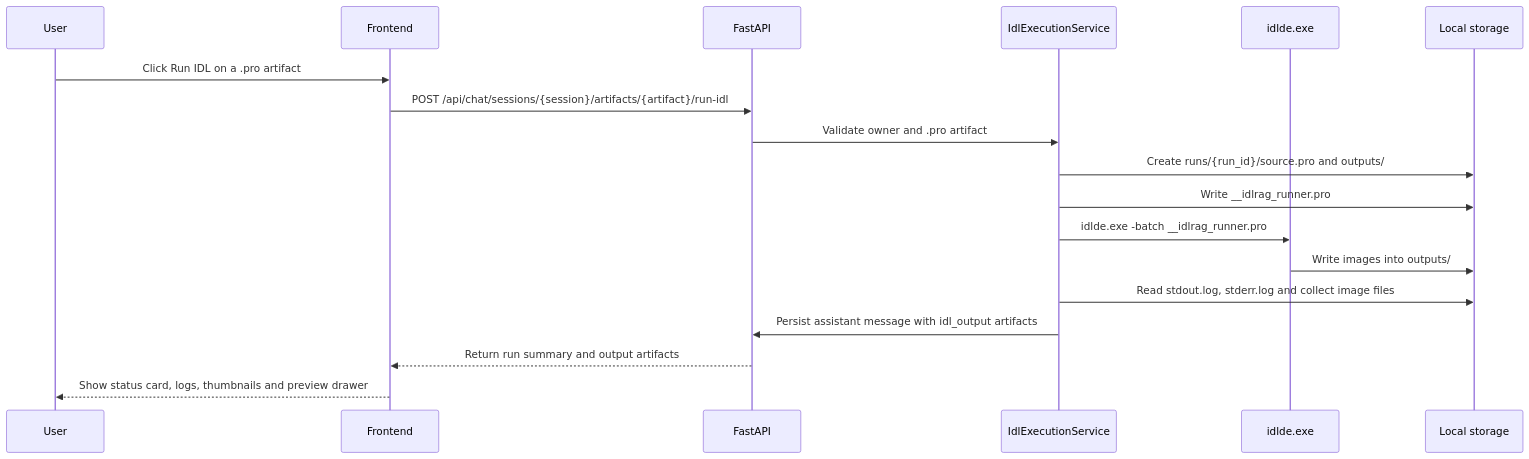
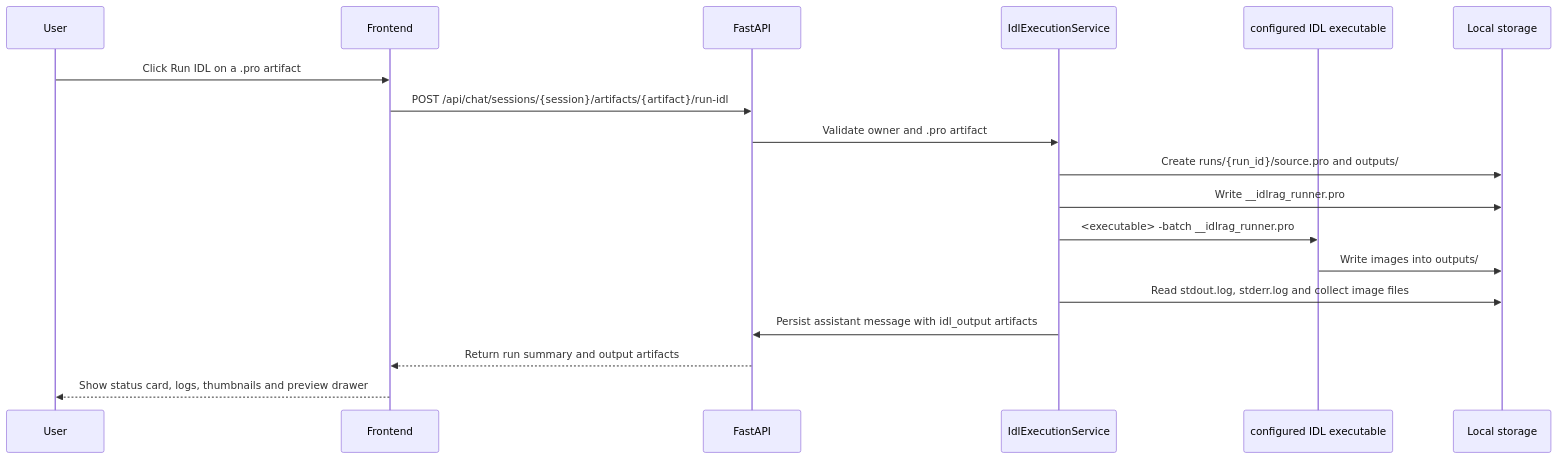
One commit to GeoSyntax/idl-rag changed the third of 4 diagrams in docs/architecture.md. Above: the diagram before and after it, drawn with Mermaid. The commit also changed other lines of this file and 102 other files, not shown here.

````diff
--- a/docs/architecture.md
+++ b/docs/architecture.md
@@ -60,21 +60,21 @@
 ```mermaid
 sequenceDiagram
   participant U as User
   participant F as Frontend
   participant A as FastAPI
   participant I as IdlExecutionService
-  participant D as idlde.exe
+  participant D as configured IDL executable
   participant S as Local storage
 
   U->>F: Click Run IDL on a .pro artifact
   F->>A: POST /api/chat/sessions/{session}/artifacts/{artifact}/run-idl
   A->>I: Validate owner and .pro artifact
   I->>S: Create runs/{run_id}/source.pro and outputs/
   I->>S: Write __idlrag_runner.pro
-  I->>D: idlde.exe -batch __idlrag_runner.pro
+  I->>D: <executable> -batch __idlrag_runner.pro
   D->>S: Write images into outputs/
   I->>S: Read stdout.log, stderr.log and collect image files
   I->>A: Persist assistant message with idl_output artifacts
   A-->>F: Return run summary and output artifacts
   F-->>U: Show status card, logs, thumbnails and preview drawer
 ```
````
